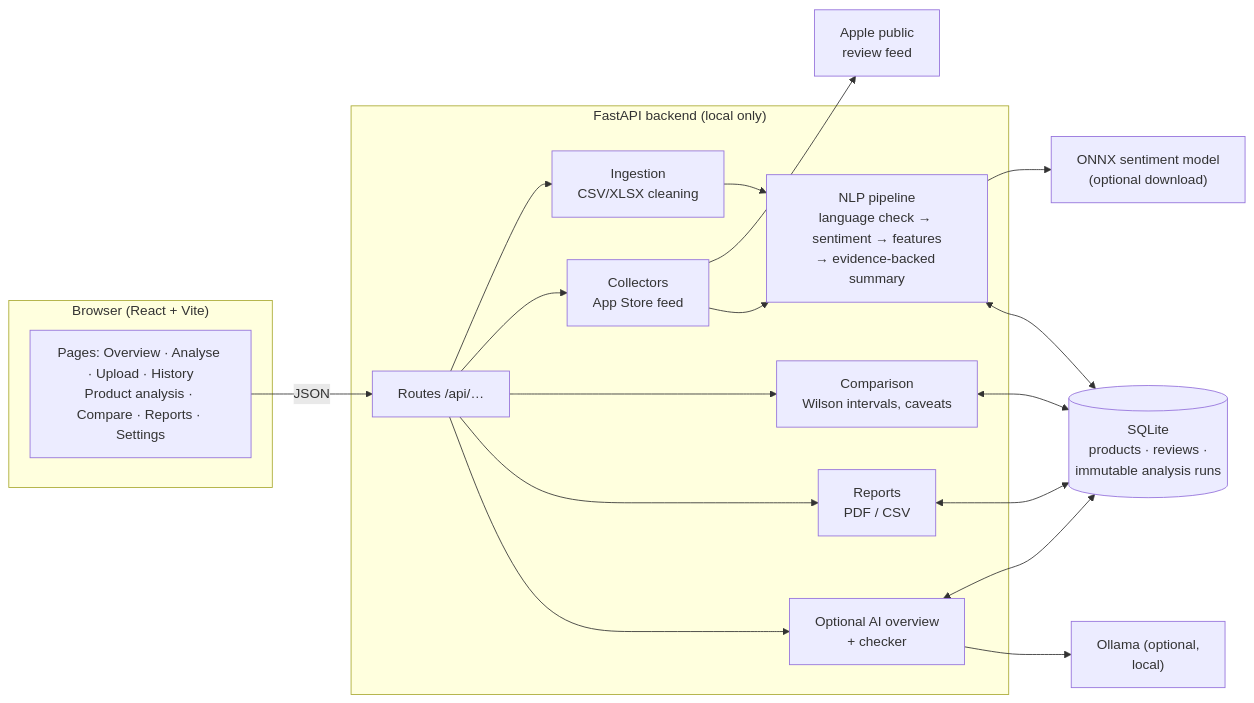
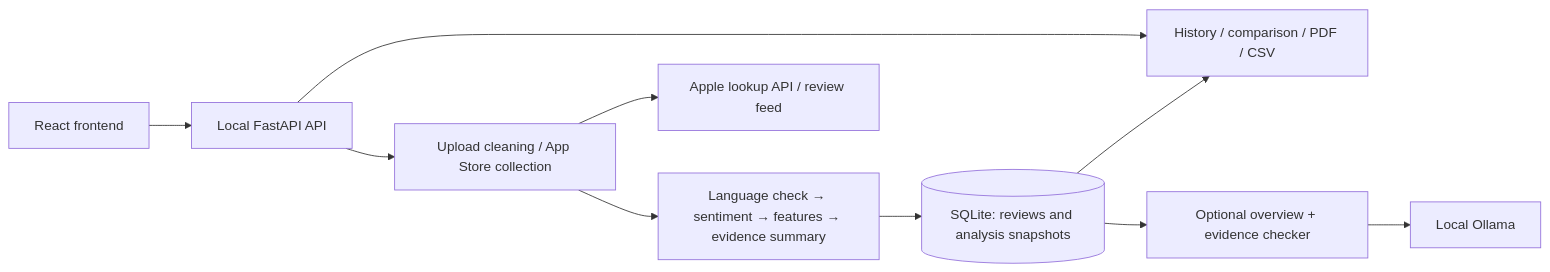
Before and after one commit to rrayyann7811/reviews-dekho-ai: the diagram in README.md, drawn with Mermaid. The commit also changed other lines of this file, not shown here.

Commit message:
docs: update README for public demo and local setup

````diff
--- a/README.md
+++ b/README.md
@@ -83,27 +93,12 @@
 ```mermaid
 flowchart LR
-  subgraph Browser["Browser (React + Vite)"]
-    UI["Pages: Overview · Analyse · Upload · History<br/>Product analysis · Compare · Reports · Settings"]
-  end
-  subgraph API["FastAPI backend (local only)"]
-    R["Routes /api/…"]
-    ING["Ingestion<br/>CSV/XLSX cleaning"]
-    COL["Collectors<br/>App Store feed"]
-    NLP["NLP pipeline<br/>language check → sentiment → features<br/>→ evidence-backed summary"]
-    CMP["Comparison<br/>Wilson intervals, caveats"]
-    REP["Reports<br/>PDF / CSV"]
-    AI["Optional AI overview<br/>+ checker"]
-  end
-  DB[("SQLite<br/>products · reviews ·<br/>immutable analysis runs")]
-  M["ONNX sentiment model<br/>(optional download)"]
-  O["Ollama (optional,<br/>local)"]
-  Apple["Apple public<br/>review feed"]
-
-  UI -- JSON --> R
-  R --> ING & COL & CMP & REP & AI
-  COL --> Apple
-  ING & COL --> NLP
-  NLP --> M
-  NLP & CMP & REP & AI <--> DB
-  AI --> O
+  UI["React frontend"] --> API["Local FastAPI API"]
+  API --> IN["Upload cleaning / App Store collection"]
+  IN --> NLP["Language check → sentiment → features → evidence summary"]
+  IN --> APPLE["Apple lookup API / review feed"]
+  NLP --> DB[("SQLite: reviews and analysis snapshots")]
+  API --> OUT["History / comparison / PDF / CSV"]
+  DB --> OUT
+  DB --> AI["Optional overview + evidence checker"]
+  AI --> OLLAMA["Local Ollama"]
 ```
````
